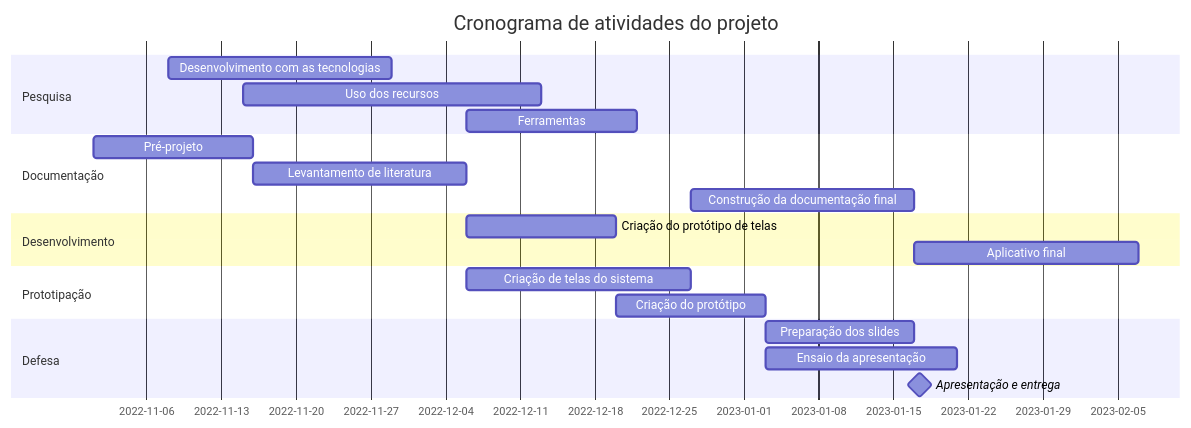
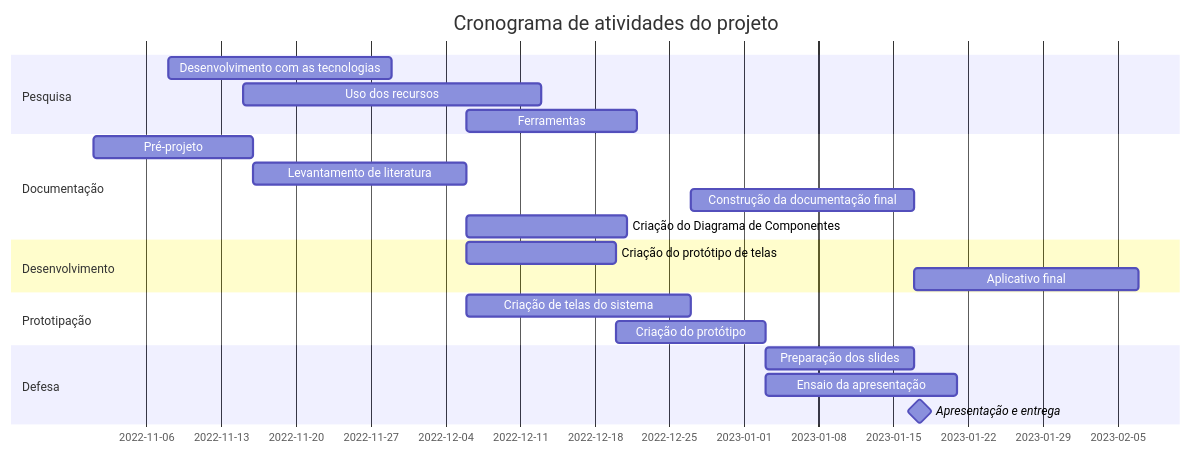
The diagram in README.md (jonathanlira97/PROJETO-DE-ORIENTA-O-AO-SEMIN-RIO-INTEGRADO-1---2022-), drawn with Mermaid before and after one commit.

````diff
--- a/README.md
+++ b/README.md
@@ -7,24 +7,25 @@
 ```mermaid
     gantt
     title Cronograma de atividades do projeto
     dateFormat  YYYY-MM-DD
     section Pesquisa
     Desenvolvimento com as tecnologias     :   a1, 2022-11-08, 21d
     Uso dos recursos    : a2, 2022-11-15, 28d
     Ferramentas   : a3, after a2, 16d
     section Documentação
     Pré-projeto     :a1, 2022-11-01, 15d
     Levantamento de literatura   :a2,after a1  , 20d
     Construção da documentação final  :a3, 2022-12-27, 21d
+    Criação do Diagrama de Componentes: c3, 2022-12-06, 15d
     section Desenvolvimento
     Criação do protótipo de telas  :  c2, after a2, 14d
     Aplicativo final   :     c3, after a3, 21d
     section Prototipação
     Criação de telas do sistema     :    c3, 2022-12-06, 21d
     Criação do protótipo      :c3,     after c2, 14d
     section Defesa
     Preparação dos slides :p1, after c3, 14d
     Ensaio da apresentação :p2, after c3, 18d
     Apresentação e entrega  :milestone, after p1, 1d
     
    ``` 
````
